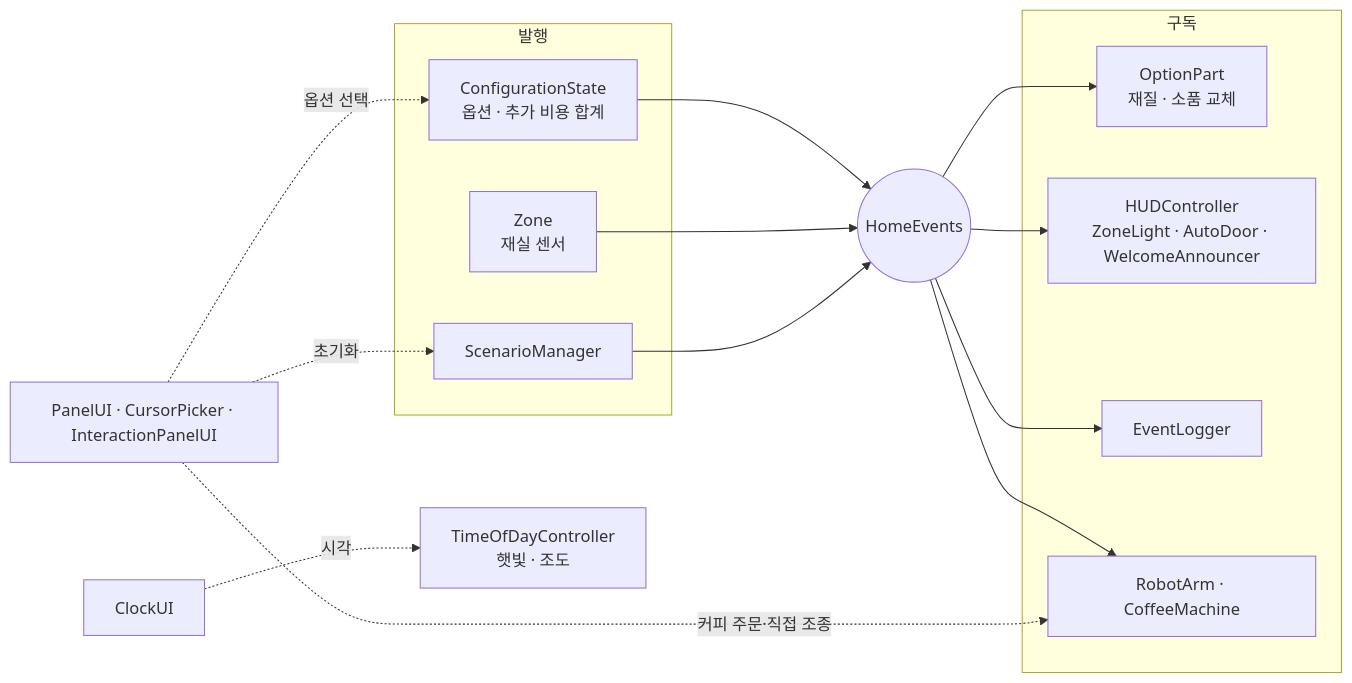
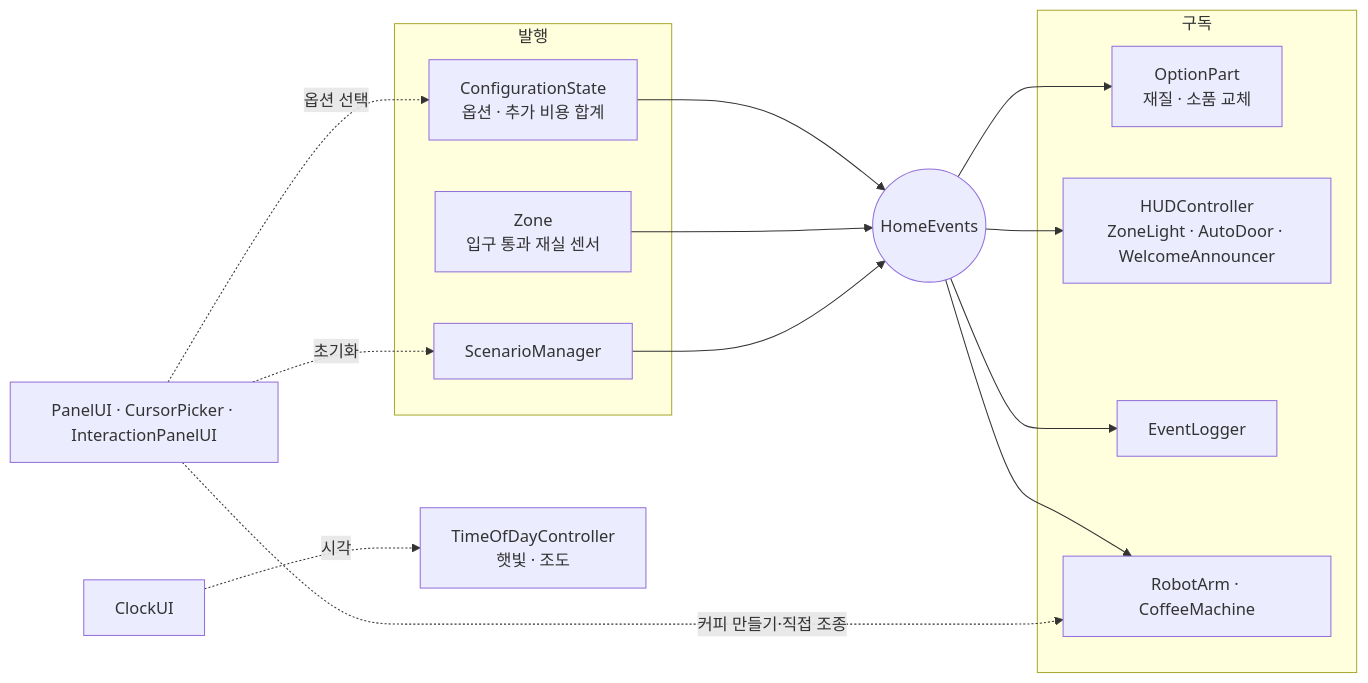
The diagram in README.md (JJUNI-01-KOR/com-modelhouse), drawn with Mermaid before and after one commit. The commit also changed other lines of this file and 108 other files, not shown here.

````diff
--- a/README.md
+++ b/README.md
@@ -73,23 +73,23 @@
 ```mermaid
 flowchart LR
   subgraph 발행
     CS["ConfigurationState<br/>옵션 · 추가 비용 합계"]
-    Zone["Zone<br/>재실 센서"]
+    Zone["Zone<br/>입구 통과 재실 센서"]
     SM[ScenarioManager]
   end
   HE(("HomeEvents"))
   subgraph 구독
     OP["OptionPart<br/>재질 · 소품 교체"]
     HUD["HUDController<br/>ZoneLight · AutoDoor · WelcomeAnnouncer"]
     EL[EventLogger]
     RA["RobotArm · CoffeeMachine"]
   end
   CS --> HE
   Zone --> HE
   SM --> HE
   HE --> OP & HUD & EL & RA
-  UI["PanelUI · CursorPicker · InteractionPanelUI"] -.->|커피 주문·직접 조종| RA
+  UI["PanelUI · CursorPicker · InteractionPanelUI"] -.->|커피 만들기·직접 조종| RA
   UI -.->|옵션 선택| CS
   UI -.->|초기화| SM
   CL[ClockUI] -.->|시각| TD["TimeOfDayController<br/>햇빛 · 조도"]
 ```
````
